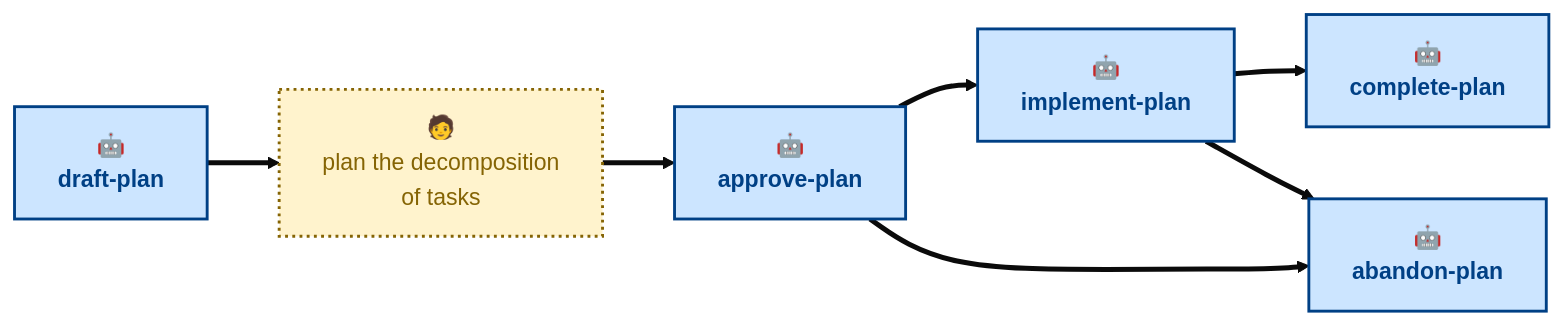
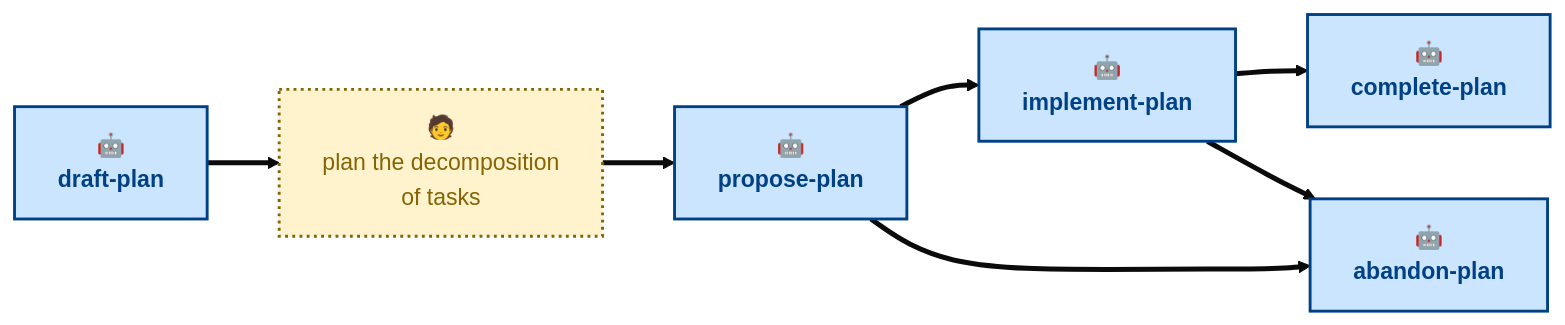
One commit to kieranpotts/plans changed the diagram in .agents/skills/README.md. Above: the diagram before and after it, drawn with Mermaid (base theme). The commit also changed other lines of this file and 10 other files, not shown here.

````diff
--- a/.agents/skills/README.md
+++ b/.agents/skills/README.md
@@ -32,20 +32,20 @@
 ```mermaid
 flowchart LR
   draft["🤖<br/><b>draft-plan</b>"]:::agentic
   write["🧑<br/>plan the decomposition<br/>of tasks"]:::anthropic
-  approve["🤖<br/><b>approve-plan</b>"]:::agentic
+  propose["🤖<br/><b>propose-plan</b>"]:::agentic
   implement["🤖<br/><b>implement-plan</b>"]:::agentic
   complete["🤖<br/><b>complete-plan</b>"]:::agentic
   abandon["🤖<br/><b>abandon-plan</b>"]:::agentic
 
   draft ==> write
-  write ==> approve
-  approve ==> implement
+  write ==> propose
+  propose ==> implement
   implement ==> complete
-  approve ==> abandon
+  propose ==> abandon
   implement ==> abandon
 
   classDef agentic fill:#cce5ff,stroke:#004085,color:#004085,stroke-width:2px
   classDef scripted fill:#e2e3e5,stroke:#4b5157,color:#383d41,stroke-width:2px
   classDef anthropic fill:#fff3cd,stroke:#856404,color:#856404,stroke-width:2px,stroke-dasharray:2 3
 ```
````
